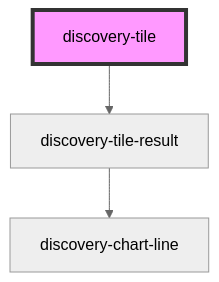
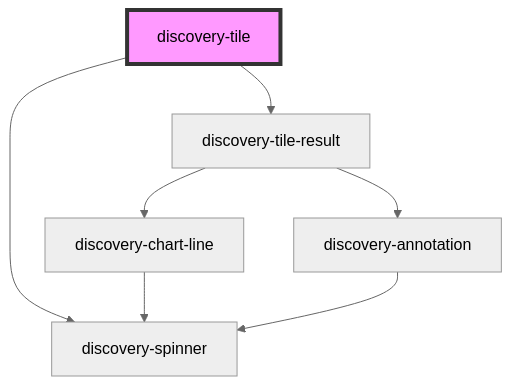
Before and after one commit to senx/discovery-widgets: the diagram in src/components/discovery-tile/readme.md, drawn with Mermaid (neutral theme). The commit also changed other lines of this file and 18 other files, not shown here.

Commit message:
styles and flows

````diff
--- a/src/components/discovery-tile/readme.md
+++ b/src/components/discovery-tile/readme.md
@@ -33,6 +34,10 @@
 ```mermaid
 graph TD;
   discovery-tile --> discovery-tile-result
+  discovery-tile --> discovery-spinner
   discovery-tile-result --> discovery-chart-line
+  discovery-tile-result --> discovery-annotation
+  discovery-chart-line --> discovery-spinner
+  discovery-annotation --> discovery-spinner
   style discovery-tile fill:#f9f,stroke:#333,stroke-width:4px
 ```
````
